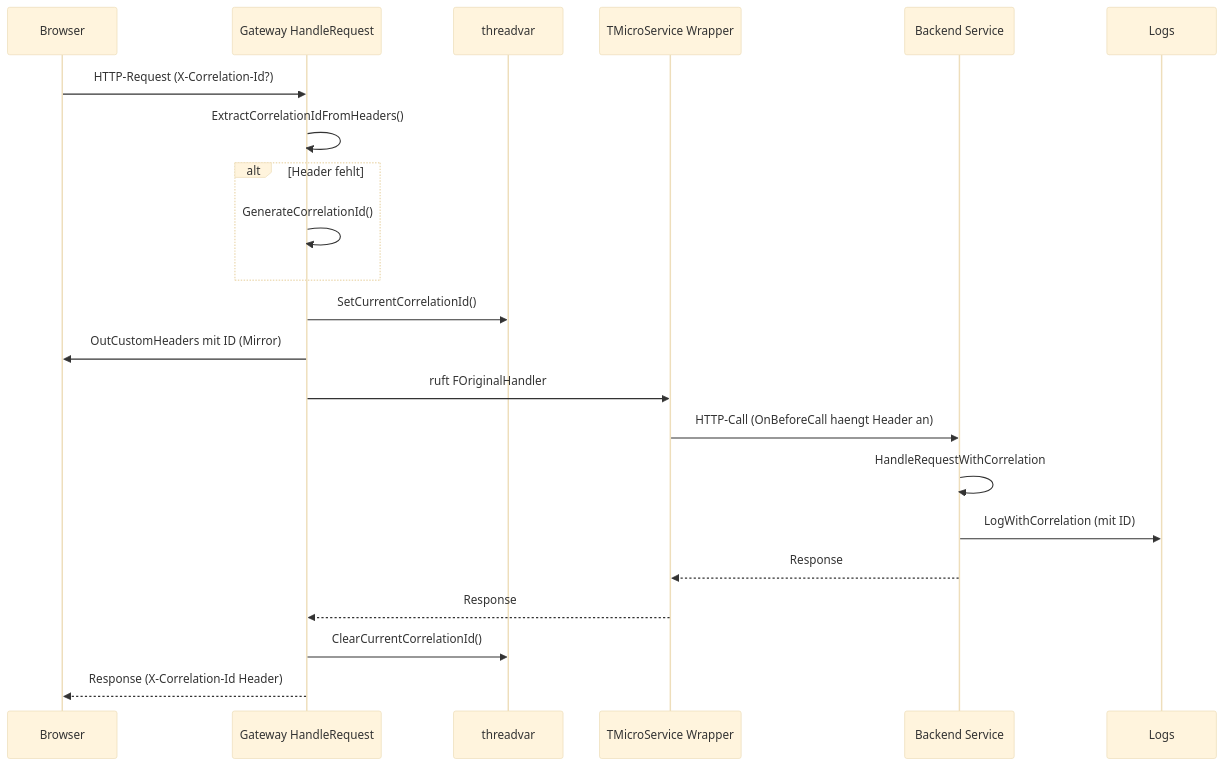
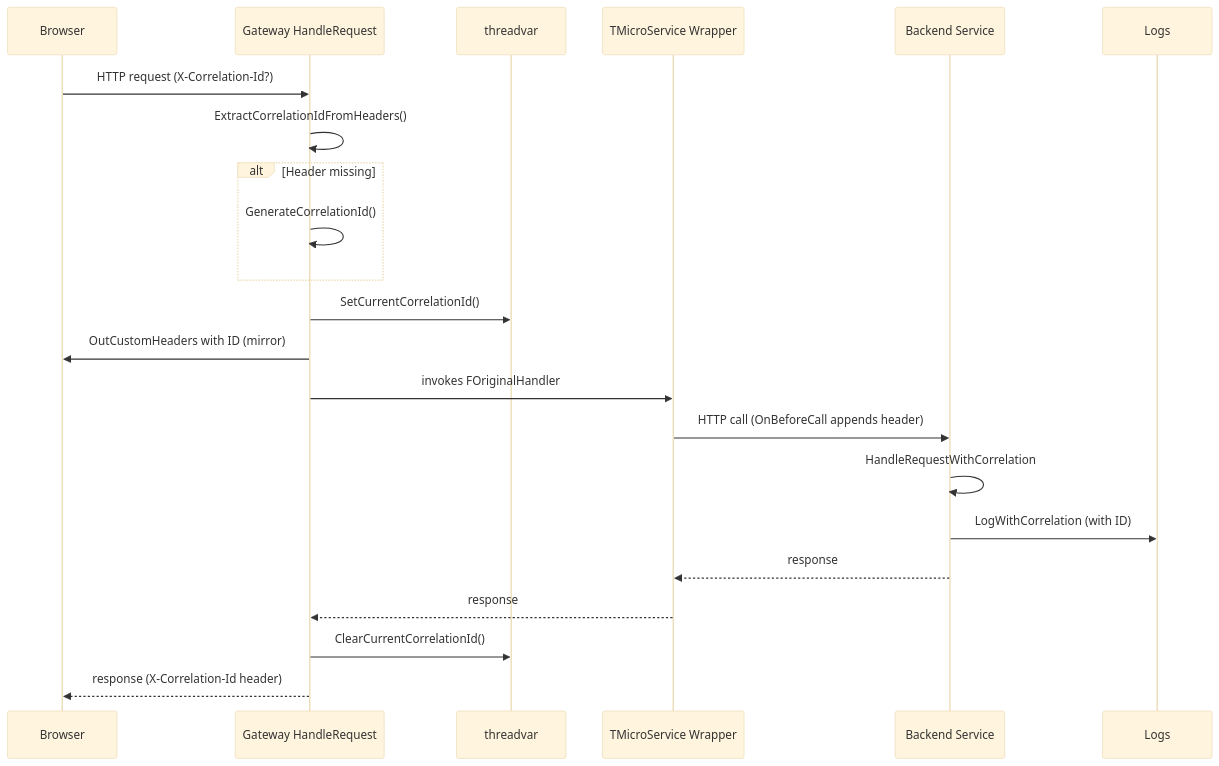
The third of 3 diagrams in .claude/correlation-ids.md (sakura1977/mormot2-microservices-blog-sample), drawn with Mermaid (base theme) before and after one commit. The commit also changed other lines of this file and 3 other files, not shown here.

````diff
--- a/.claude/correlation-ids.md
+++ b/.claude/correlation-ids.md
@@ -92,25 +92,25 @@
 ```mermaid
 sequenceDiagram
     participant Browser
     participant Gateway as Gateway HandleRequest
     participant TVar as threadvar
     participant Inner as TMicroService Wrapper
     participant Backend as Backend Service
     participant Logs
 
-    Browser->>Gateway: HTTP-Request (X-Correlation-Id?)
+    Browser->>Gateway: HTTP request (X-Correlation-Id?)
     Gateway->>Gateway: ExtractCorrelationIdFromHeaders()
-    alt Header fehlt
+    alt Header missing
         Gateway->>Gateway: GenerateCorrelationId()
     end
     Gateway->>TVar: SetCurrentCorrelationId()
-    Gateway->>Browser: OutCustomHeaders mit ID (Mirror)
-    Gateway->>Inner: ruft FOriginalHandler
-    Inner->>Backend: HTTP-Call (OnBeforeCall haengt Header an)
+    Gateway->>Browser: OutCustomHeaders with ID (mirror)
+    Gateway->>Inner: invokes FOriginalHandler
+    Inner->>Backend: HTTP call (OnBeforeCall appends header)
     Backend->>Backend: HandleRequestWithCorrelation
-    Backend->>Logs: LogWithCorrelation (mit ID)
-    Backend-->>Inner: Response
-    Inner-->>Gateway: Response
+    Backend->>Logs: LogWithCorrelation (with ID)
+    Backend-->>Inner: response
+    Inner-->>Gateway: response
     Gateway->>TVar: ClearCurrentCorrelationId()
-    Gateway-->>Browser: Response (X-Correlation-Id Header)
+    Gateway-->>Browser: response (X-Correlation-Id header)
 ```
````
